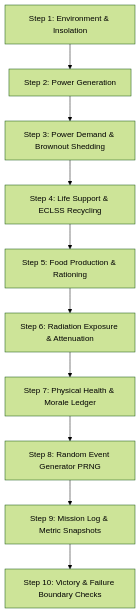
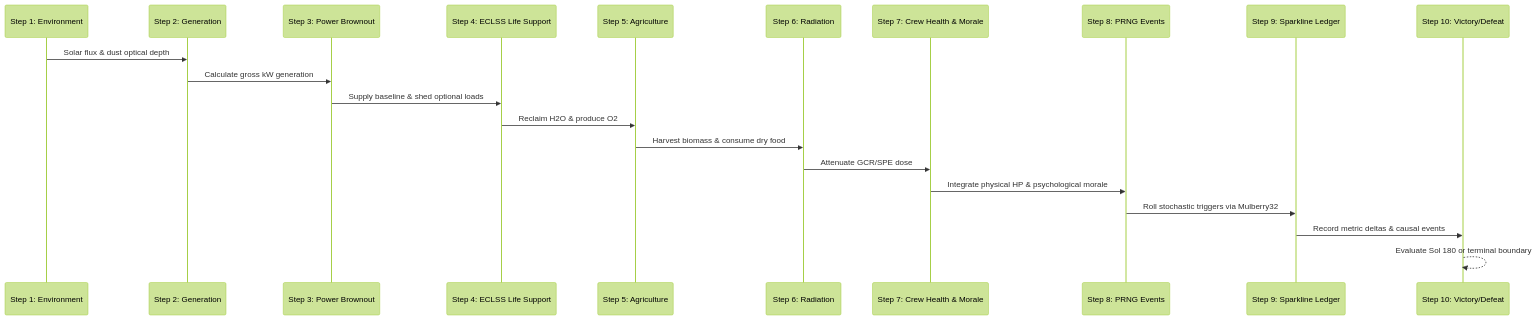
The second of 3 diagrams in README.md (RajatSharma404/outpost-zero), drawn with Mermaid (forest theme) before and after one commit. The commit also changed other lines of this file, not shown here.

Commit message:
docs: expand comprehensive technical documentation, hardware manifest, events, and educator lesson plan

````diff
--- a/README.md
+++ b/README.md
@@ -59,12 +253,24 @@
 ```mermaid
-graph TD
-  A[Step 1: Environment & Insolation] --> B[Step 2: Power Generation]
-  B --> C[Step 3: Power Demand & Brownout Shedding]
-  C --> D[Step 4: Life Support & ECLSS Recycling]
-  D --> E[Step 5: Food Production & Rationing]
-  E --> F[Step 6: Radiation Exposure & Attenuation]
-  F --> G[Step 7: Physical Health & Morale Ledger]
-  G --> H[Step 8: Random Event Generator PRNG]
-  H --> I[Step 9: Mission Log & Metric Snapshots]
-  I --> J[Step 10: Victory & Failure Boundary Checks]
+sequenceDiagram
+  participant Env as Step 1: Environment
+  participant Pwr as Step 2: Generation
+  participant Brown as Step 3: Power Brownout
+  participant Life as Step 4: ECLSS Life Support
+  participant Food as Step 5: Agriculture
+  participant Rad as Step 6: Radiation
+  participant Crew as Step 7: Crew Health & Morale
+  participant Event as Step 8: PRNG Events
+  participant Telemetry as Step 9: Sparkline Ledger
+  participant Check as Step 10: Victory/Defeat
+
+  Env->>Pwr: Solar flux & dust optical depth
+  Pwr->>Brown: Calculate gross kW generation
+  Brown->>Life: Supply baseline & shed optional loads
+  Life->>Food: Reclaim H2O & produce O2
+  Food->>Rad: Harvest biomass & consume dry food
+  Rad->>Crew: Attenuate GCR/SPE dose
+  Crew->>Event: Integrate physical HP & psychological morale
+  Event->>Telemetry: Roll stochastic triggers via Mulberry32
+  Telemetry->>Check: Record metric deltas & causal events
+  Check-->>Check: Evaluate Sol 180 or terminal boundary
 ```
````
